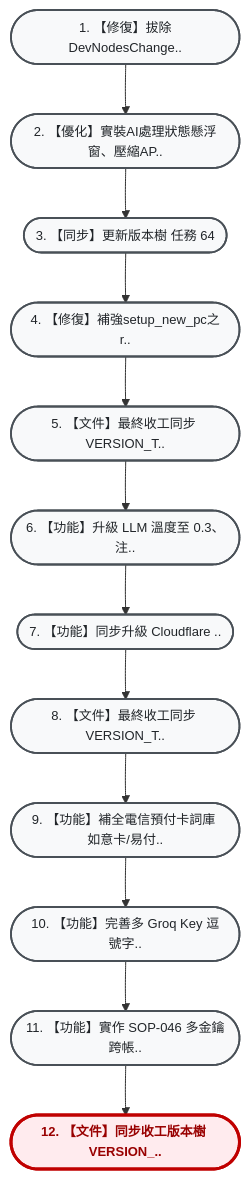
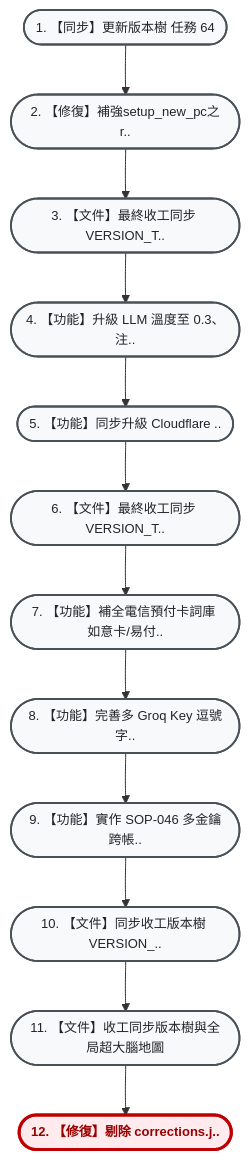
One commit to hjen8/NoType-Scribe changed the diagram in VERSION_TREE.md. Above: the diagram before and after it, drawn with Mermaid. The commit also changed other lines of this file, not shown here.

Commit message:
docs: 更新版本樹 (更好➔根號 誤殺修正)

````diff
--- a/VERSION_TREE.md
+++ b/VERSION_TREE.md
@@ -13,32 +13,32 @@
 ```mermaid
 flowchart TD
     %% 雙壁版本樹專用視覺化配色風格 (由上而下 TD 垂直大字純中文版)
     classDef default fill:#f8f9fa,stroke:#495057,stroke-width:1.8px,color:#212529,font-size:13px;
     classDef current fill:#ffebee,stroke:#c00000,stroke-width:3px,color:#900,font-weight:bold,font-size:13px;
     classDef mergeNode fill:#e3f2fd,stroke:#1565c0,stroke-width:2px,color:#0d47a1,font-size:13px;
     classDef detour fill:#fff3e0,stroke:#e65100,stroke-width:2px,color:#b78103,font-size:13px;
     classDef transplant fill:#f3e5f5,stroke:#4a148c,stroke-width:2.5px,color:#4a148c,font-weight:bold,font-size:13px;
-    n_c832e4a(["1. 【修復】拔除DevNodesChange.."]):::default
-    n_f79b0ab(["2. 【優化】實裝AI處理狀態懸浮窗、壓縮AP.."]):::default
-    n_8efb4a5(["3. 【同步】更新版本樹 任務 64"]):::default
-    n_b742715(["4. 【修復】補強setup_new_pc之r.."]):::default
-    n_5fb84f1(["5. 【文件】最終收工同步 VERSION_T.."]):::default
-    n_d768dea(["6. 【功能】升級 LLM 溫度至 0.3、注.."]):::default
-    n_3c6dba7(["7. 【功能】同步升級 Cloudflare .."]):::default
-    n_bbc9770(["8. 【文件】最終收工同步 VERSION_T.."]):::default
-    n_7440da6(["9. 【功能】補全電信預付卡詞庫 如意卡/易付.."]):::default
-    n_4cc62de(["10. 【功能】完善多 Groq Key 逗號字.."]):::default
-    n_7373595(["11. 【功能】實作 SOP-046 多金鑰跨帳.."]):::default
-    n_c38586c(["12. 【文件】同步收工版本樹 VERSION_.."]):::current
-    n_c832e4a --> n_f79b0ab
-    n_f79b0ab --> n_8efb4a5
+    n_8efb4a5(["1. 【同步】更新版本樹 任務 64"]):::default
+    n_b742715(["2. 【修復】補強setup_new_pc之r.."]):::default
+    n_5fb84f1(["3. 【文件】最終收工同步 VERSION_T.."]):::default
+    n_d768dea(["4. 【功能】升級 LLM 溫度至 0.3、注.."]):::default
+    n_3c6dba7(["5. 【功能】同步升級 Cloudflare .."]):::default
+    n_bbc9770(["6. 【文件】最終收工同步 VERSION_T.."]):::default
+    n_7440da6(["7. 【功能】補全電信預付卡詞庫 如意卡/易付.."]):::default
+    n_4cc62de(["8. 【功能】完善多 Groq Key 逗號字.."]):::default
+    n_7373595(["9. 【功能】實作 SOP-046 多金鑰跨帳.."]):::default
+    n_c38586c(["10. 【文件】同步收工版本樹 VERSION_.."]):::default
+    n_bc83599(["11. 【文件】收工同步版本樹與全局超大腦地圖"]):::default
+    n_209af02(["12. 【修復】剔除 corrections.j.."]):::current
     n_8efb4a5 --> n_b742715
     n_b742715 --> n_5fb84f1
     n_5fb84f1 --> n_d768dea
     n_d768dea --> n_3c6dba7
     n_3c6dba7 --> n_bbc9770
     n_bbc9770 --> n_7440da6
     n_7440da6 --> n_4cc62de
     n_4cc62de --> n_7373595
     n_7373595 --> n_c38586c
+    n_c38586c --> n_bc83599
+    n_bc83599 --> n_209af02
 ```
````
